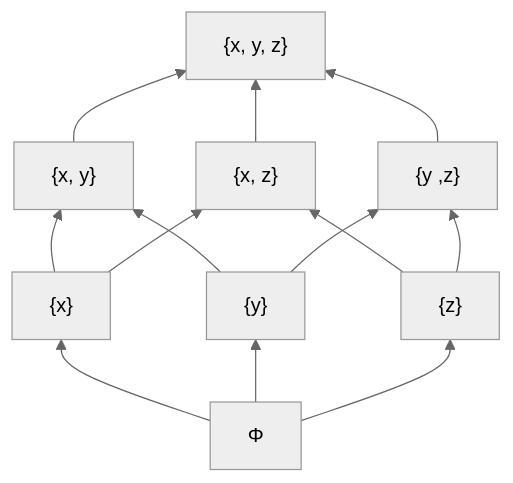
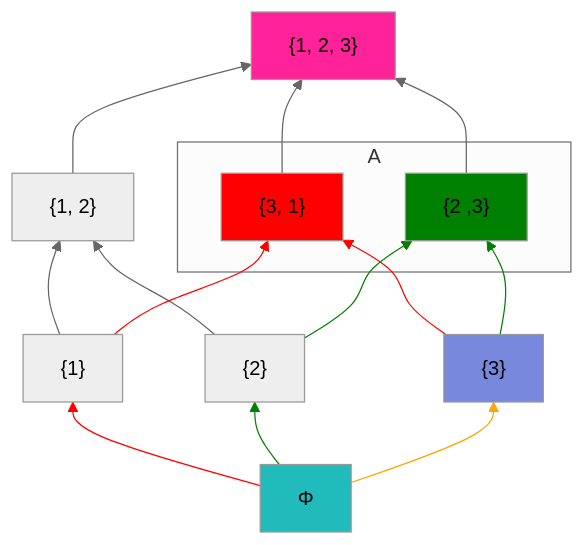
Diagram 42 of 42 in books/ts-algebraic-models/7-tam-lattice-theoretic-model.md (yo-goto/zenn-public-repo), drawn with Mermaid (neutral theme) before and after one commit. The commit also changed other lines of this file and 2 other files, not shown here.

````diff
--- a/books/ts-algebraic-models/7-tam-lattice-theoretic-model.md
+++ b/books/ts-algebraic-models/7-tam-lattice-theoretic-model.md
@@ -674,19 +1402,39 @@
 ```mermaid
 graph BT
-  B["Φ"]
-  X["{x}"]
-  Y["{y}"]
-  Z["{z}"]
-  XY["{x, y}"]
-  ZX["{x, z}"]
-  YZ["{y ,z}"]
-  T["{x, y, z}"]
+  B["Φ"]:::lb
+  X["{1}"]
+  Y["{2}"]
+  Z["{3}"]:::glb
+  XY["{1, 2}"]
+  ZX["{3, 1}"]:::target1
+  YZ["{2 ,3}"]:::target2
+  T["{1, 2, 3}"]:::lub
   B --> X & Y & Z
   X --> XY
   Y --> XY
   Z --> ZX
   Y --> YZ
   X --> ZX
   Z --> YZ
-  XY & YZ & ZX --> T
+  subgraph A
+    ZX
+    YZ
+  end
+XY & YZ & ZX --> T
+
+linkStyle 0 stroke: red
+linkStyle 1 stroke: green
+linkStyle 2 stroke: orange
+linkStyle 5 stroke: red
+linkStyle 6 stroke: green
+linkStyle 7 stroke: red
+linkStyle 8 stroke: green
+
+classDef ub fill:#f66
+classDef lub fill:#f29
+classDef lb fill:#2bb
+classDef glb fill:#78d
+
+classDef target1 fill:red
+classDef target2 fill:green
 ```
````
